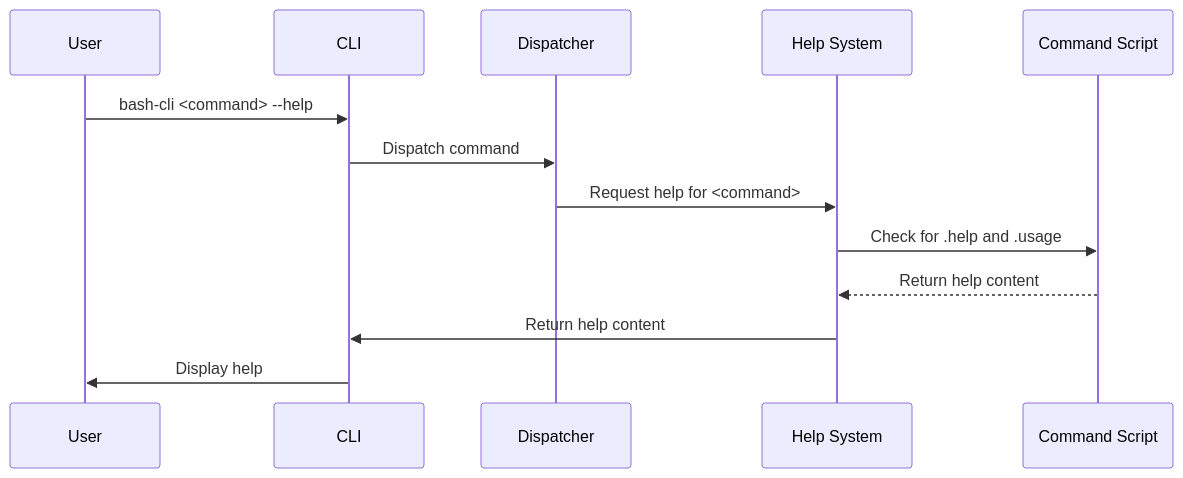
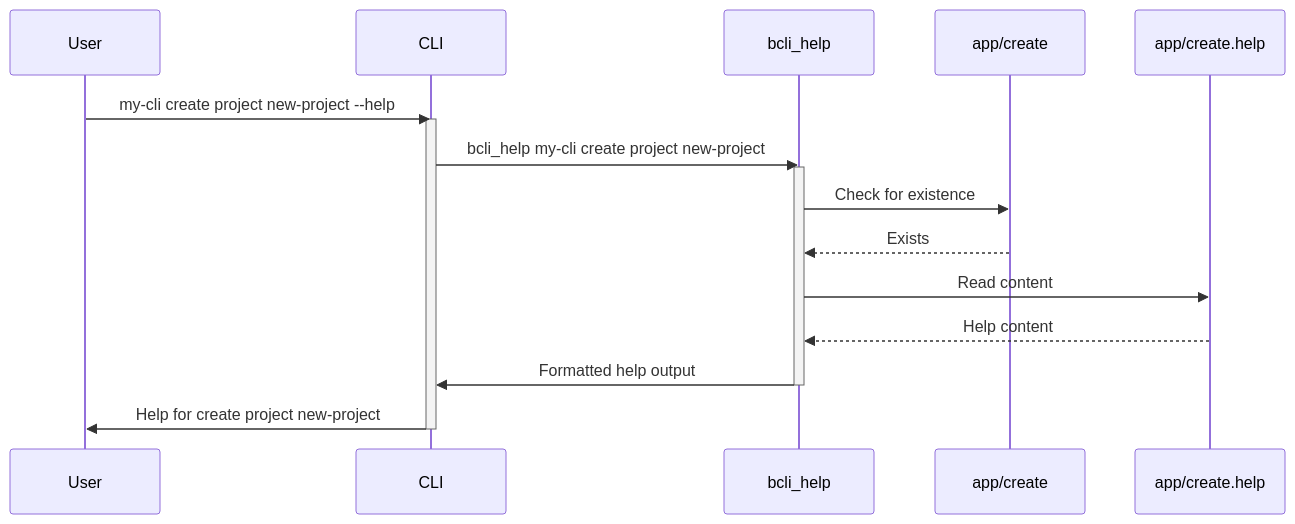
The diagram in docs/03_help_generation_.md (aireilly/bash-cli-docs-test), drawn with Mermaid before and after one commit. The commit also changed other lines of this file and 6 other files, not shown here.

````diff
--- a/docs/03_help_generation_.md
+++ b/docs/03_help_generation_.md
@@ -50,16 +49,21 @@
 ```mermaid
 sequenceDiagram
     participant User
     participant CLI
-    participant Dispatcher
-    participant Help System
-    participant Command Script
+    participant bcli_help
+    participant app/create
+    participant app/create.help
 
-    User->>CLI: bash-cli <command> --help
-    CLI->>Dispatcher: Dispatch command
-    Dispatcher->>Help System: Request help for <command>
-    Help System->>Command Script: Check for .help and .usage
-    Command Script-->>Help System: Return help content
-    Help System->>CLI: Return help content
-    CLI->>User: Display help
+    User->>CLI: my-cli create project new-project --help
+    activate CLI
+    CLI->>bcli_help: bcli_help my-cli create project new-project
+    activate bcli_help
+    bcli_help->>app/create: Check for existence
+    app/create-->>bcli_help: Exists
+    bcli_help->>app/create.help: Read content
+    app/create.help-->>bcli_help: Help content
+    bcli_help->>CLI: Formatted help output
+    deactivate bcli_help
+    CLI->>User: Help for create project new-project
+    deactivate CLI
 ```
````
